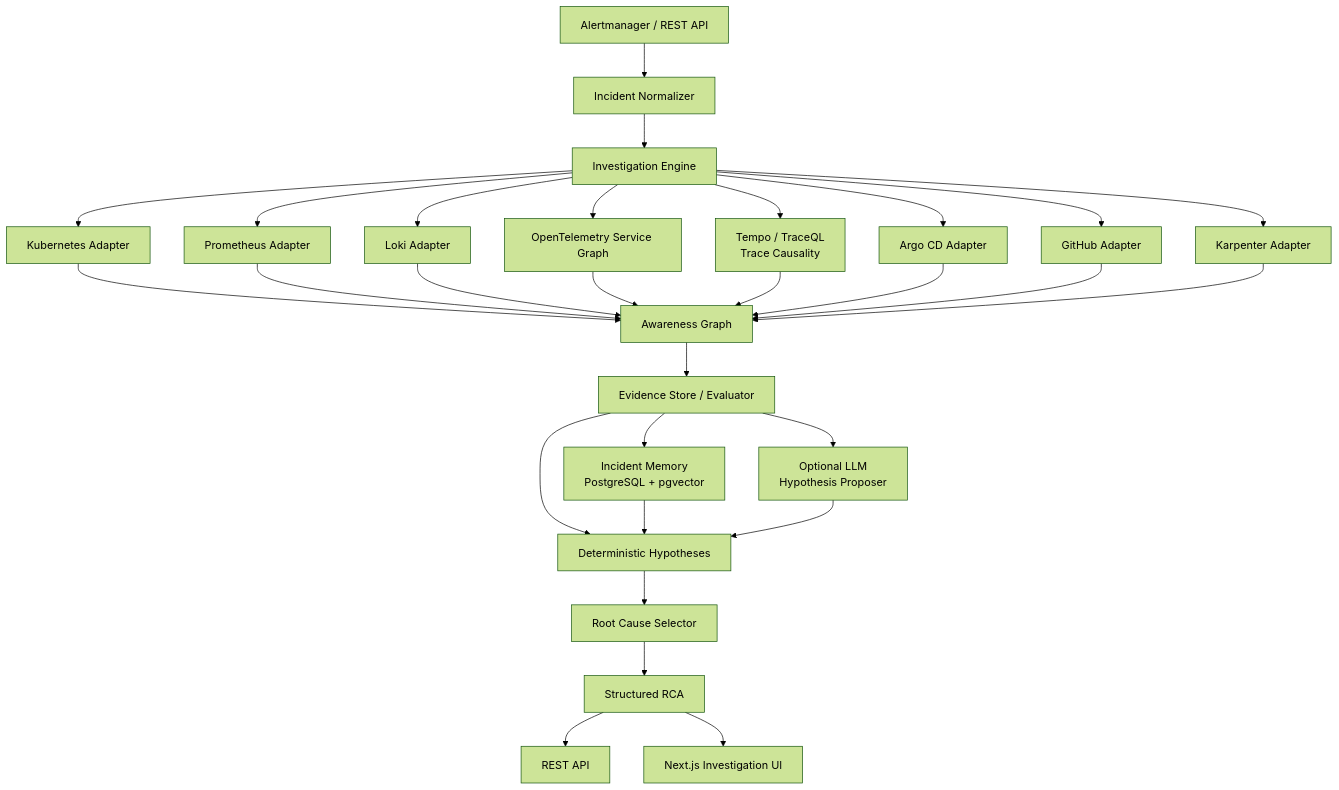
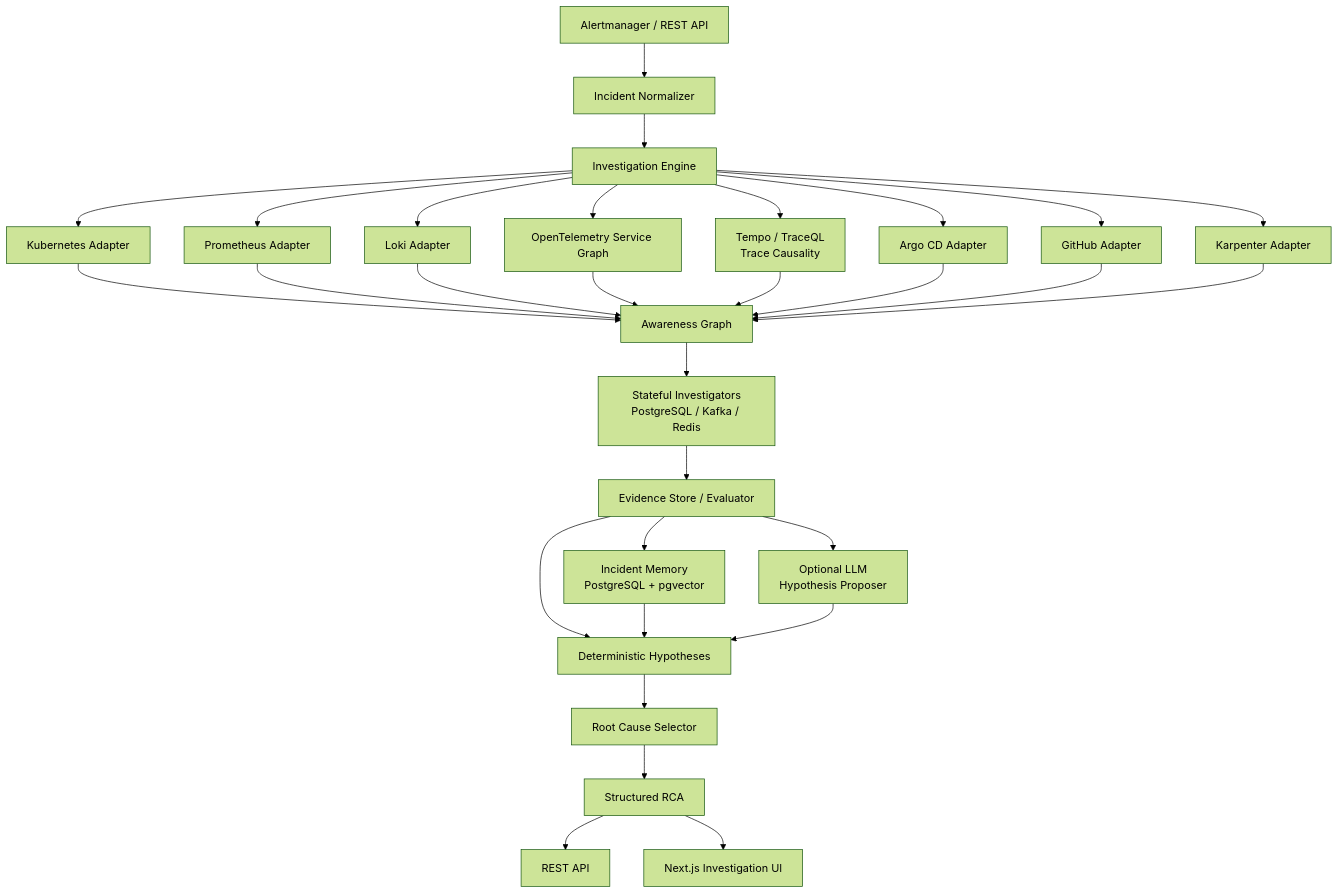
One commit to marcocristofolini/ai-sre-rca changed the first of 12 diagrams in docs/architecture.md. Above: the diagram before and after it, drawn with Mermaid (forest theme). The commit also changed other lines of this file, not shown here.

Commit message:
docs: update architecture overview for v0.5

````diff
--- a/docs/architecture.md
+++ b/docs/architecture.md
@@ -7,35 +7,36 @@
 ```mermaid
 flowchart TD
     A[Alertmanager / REST API] --> N[Incident Normalizer]
     N --> I[Investigation Engine]
 
     I --> K[Kubernetes Adapter]
     I --> P[Prometheus Adapter]
     I --> L[Loki Adapter]
     I --> O[OpenTelemetry Service Graph]
     I --> T[Tempo / TraceQL<br/>Trace Causality]
     I --> AR[Argo CD Adapter]
     I --> GH[GitHub Adapter]
     I --> KA[Karpenter Adapter]
 
     K --> G[Awareness Graph]
     P --> G
     L --> G
     O --> G
     T --> G
     AR --> G
     GH --> G
     KA --> G
 
-    G --> EV[Evidence Store / Evaluator]
+    G --> SD[Stateful Investigators<br/>PostgreSQL / Kafka / Redis]
+    SD --> EV[Evidence Store / Evaluator]
     EV --> H[Deterministic Hypotheses]
     EV --> MEM[Incident Memory<br/>PostgreSQL + pgvector]
     EV --> LLM[Optional LLM<br/>Hypothesis Proposer]
 
     MEM --> H
     LLM --> H
     H --> RC[Root Cause Selector]
     RC --> RCA[Structured RCA]
     RCA --> API[REST API]
     RCA --> UI[Next.js Investigation UI]
 ```
````
